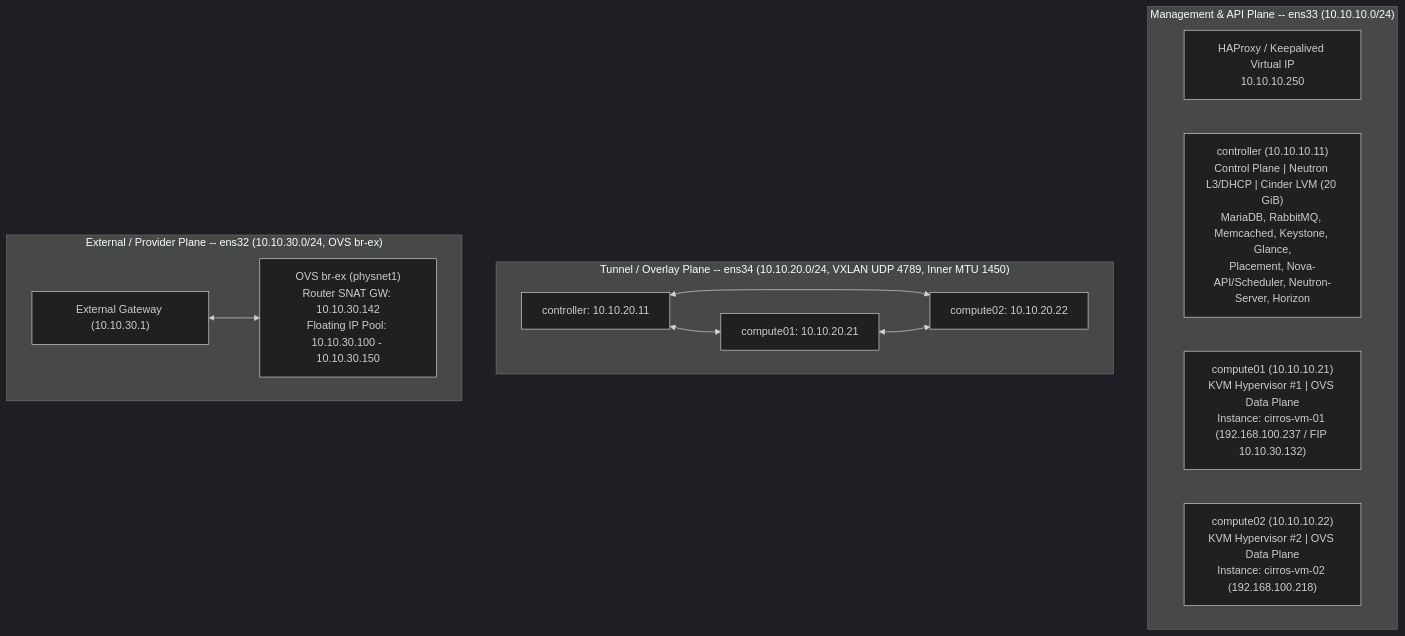
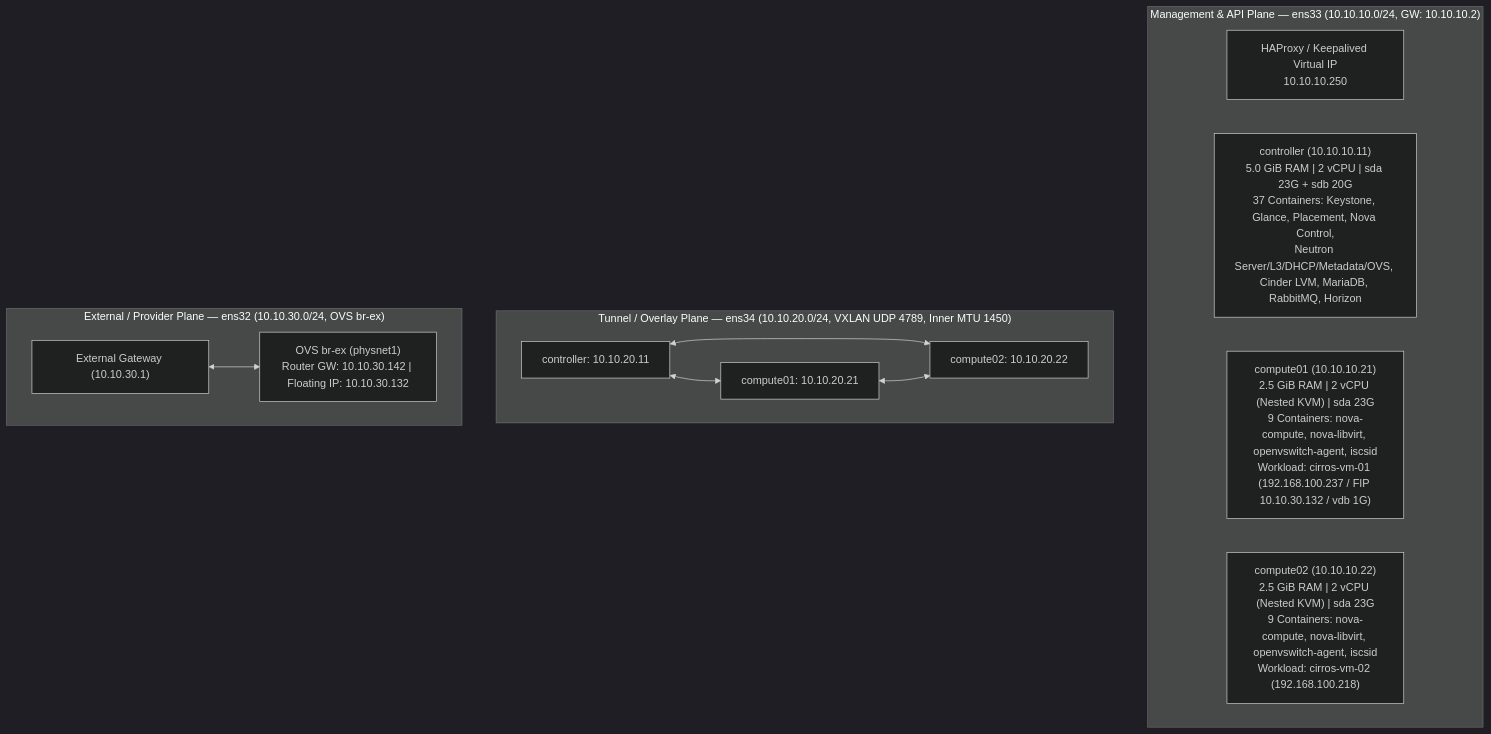
One commit to whysari/openstack-caracal-multinode changed the first of 2 diagrams in README.md. Above: the diagram before and after it, drawn with Mermaid (dark theme). The commit also changed other lines of this file and 20 other files, not shown here.

Commit message:
docs(readme): integrate Gen 1 visual lab gallery and SVG diagrams with Gen 2 Kolla-Ansible 2025.2 verification

````diff
--- a/README.md
+++ b/README.md
@@ -30,19 +46,19 @@
 ```mermaid
 flowchart TB
-    subgraph MGMT["Management & API Plane -- ens33 (10.10.10.0/24)"]
+    subgraph MGMT["Management & API Plane — ens33 (10.10.10.0/24, GW: 10.10.10.2)"]
         VIP["HAProxy / Keepalived Virtual IP<br/>10.10.10.250"]
-        CTRL["controller (10.10.10.11)<br/>Control Plane | Neutron L3/DHCP | Cinder LVM (20 GiB)<br/>MariaDB, RabbitMQ, Memcached, Keystone, Glance,<br/>Placement, Nova-API/Scheduler, Neutron-Server, Horizon"]
-        COMP1["compute01 (10.10.10.21)<br/>KVM Hypervisor #1 | OVS Data Plane<br/>Instance: cirros-vm-01 (192.168.100.237 / FIP 10.10.30.132)"]
-        COMP2["compute02 (10.10.10.22)<br/>KVM Hypervisor #2 | OVS Data Plane<br/>Instance: cirros-vm-02 (192.168.100.218)"]
+        CTRL["controller (10.10.10.11)<br/>5.0 GiB RAM | 2 vCPU | sda 23G + sdb 20G<br/>37 Containers: Keystone, Glance, Placement, Nova Control,<br/>Neutron Server/L3/DHCP/Metadata/OVS, Cinder LVM, MariaDB, RabbitMQ, Horizon"]
+        COMP1["compute01 (10.10.10.21)<br/>2.5 GiB RAM | 2 vCPU (Nested KVM) | sda 23G<br/>9 Containers: nova-compute, nova-libvirt, openvswitch-agent, iscsid<br/>Workload: cirros-vm-01 (192.168.100.237 / FIP 10.10.30.132 / vdb 1G)"]
+        COMP2["compute02 (10.10.10.22)<br/>2.5 GiB RAM | 2 vCPU (Nested KVM) | sda 23G<br/>9 Containers: nova-compute, nova-libvirt, openvswitch-agent, iscsid<br/>Workload: cirros-vm-02 (192.168.100.218)"]
     end
 
-    subgraph TUN["Tunnel / Overlay Plane -- ens34 (10.10.20.0/24, VXLAN UDP 4789, Inner MTU 1450)"]
+    subgraph TUN["Tunnel / Overlay Plane — ens34 (10.10.20.0/24, VXLAN UDP 4789, Inner MTU 1450)"]
         CTRL_T["controller: 10.10.20.11"] <--> COMP1_T["compute01: 10.10.20.21"]
         CTRL_T <--> COMP2_T["compute02: 10.10.20.22"]
         COMP1_T <--> COMP2_T
     end
 
-    subgraph EXT["External / Provider Plane -- ens32 (10.10.30.0/24, OVS br-ex)"]
-        EXT_GW["External Gateway (10.10.30.1)"] <--> BREX["OVS br-ex (physnet1)<br/>Router SNAT GW: 10.10.30.142<br/>Floating IP Pool: 10.10.30.100 - 10.10.30.150"]
+    subgraph EXT["External / Provider Plane — ens32 (10.10.30.0/24, OVS br-ex)"]
+        HOST_GW["External Gateway (10.10.30.1)"] <--> BREX["OVS br-ex (physnet1)<br/>Router GW: 10.10.30.142 | Floating IP: 10.10.30.132"]
     end
 ```
````
